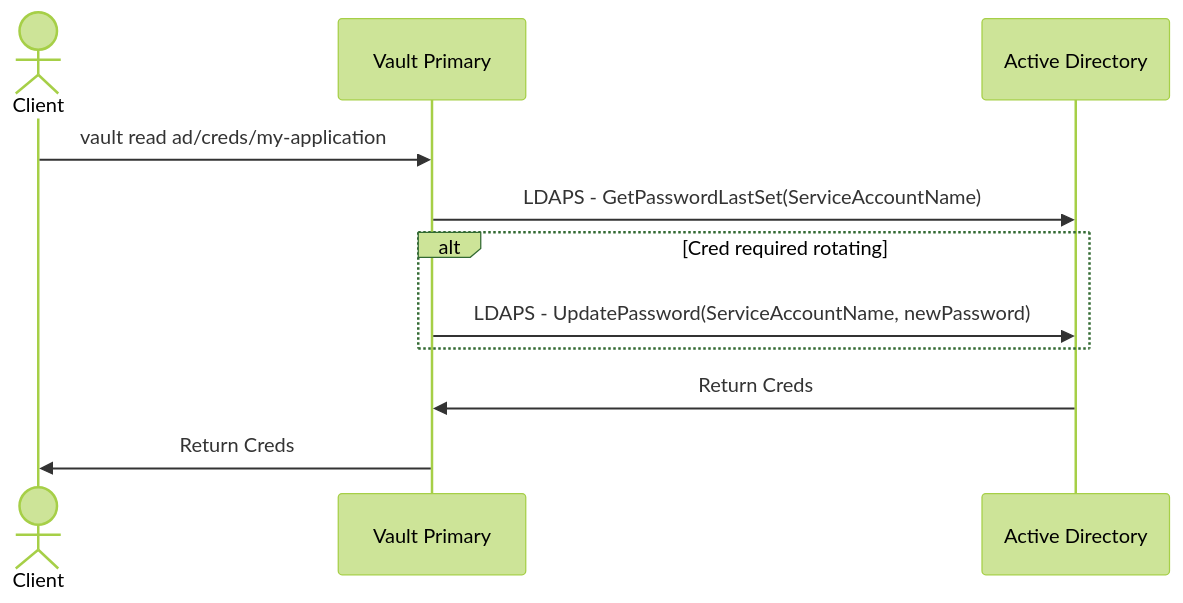
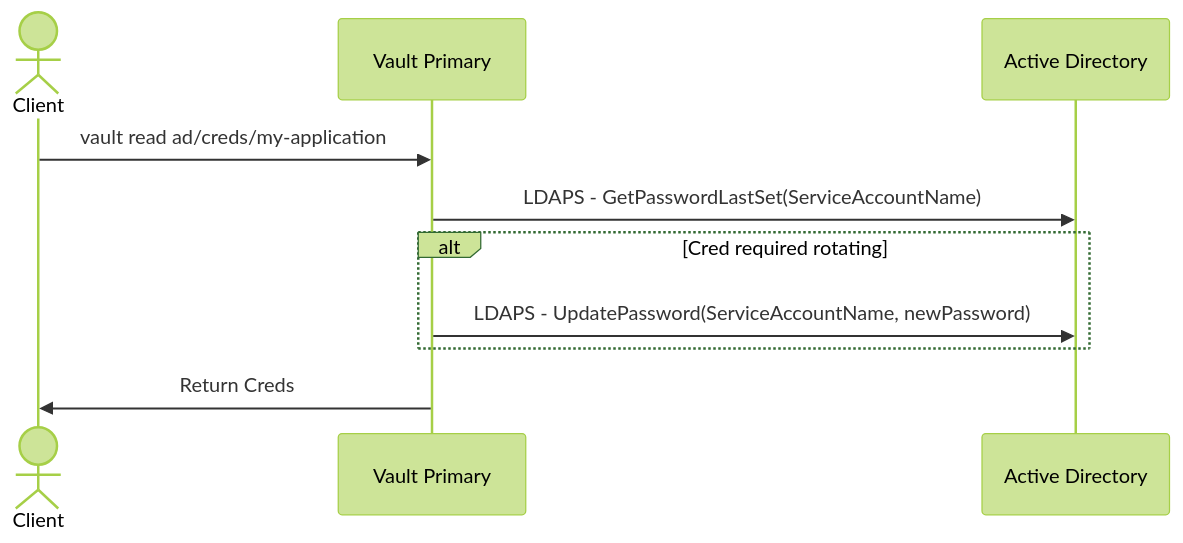
Before and after one commit to tallen-hashicorp/vault-pr-ad-testing: the first of 5 diagrams in README.md, drawn with Mermaid (forest theme). The commit also changed other lines of this file, not shown here.

Commit message:
AD return cred is implied in the above 2 calls

````diff
--- a/README.md
+++ b/README.md
@@ -145,13 +145,12 @@
 ```mermaid
 sequenceDiagram
     actor c as Client
     participant vp as Vault Primary
     participant ad as Active Directory
     c->>vp: vault read ad/creds/my-application
     vp->>ad: LDAPS - GetPasswordLastSet(ServiceAccountName)
     alt Cred required rotating
         vp->>ad: LDAPS - UpdatePassword(ServiceAccountName, newPassword)
     end
-    ad->>vp: Return Creds
     vp->>c: Return Creds
 ```
````
